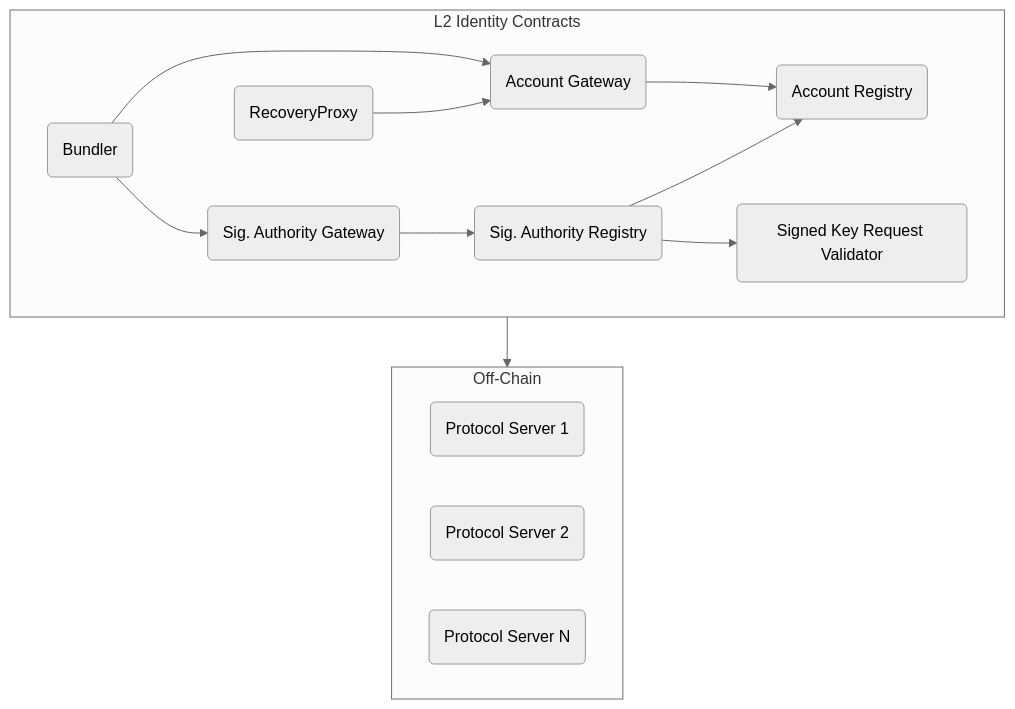
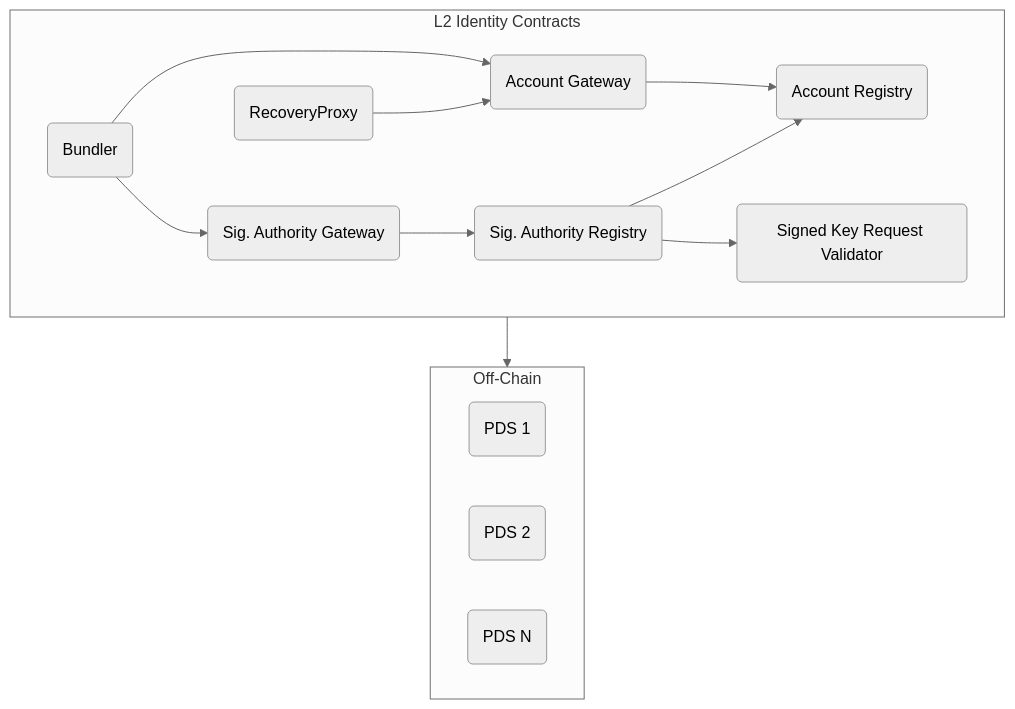
One commit to Palette-Labs-Inc/registry changed the first of 3 diagrams in rfcs/00003-identity-contracts.md. Above: the diagram before and after it, drawn with Mermaid (neutral theme).

Commit message:
update mermaid

````diff
--- a/rfcs/00003-identity-contracts.md
+++ b/rfcs/00003-identity-contracts.md
@@ -30,21 +30,21 @@
 ```mermaid
 graph TD
 
     subgraph Nodes["Off-Chain"]
-    Node(Protocol Server 1)
-    Node2(Protocol Server 2)
-    Node3(Protocol Server N)
+    Node(PDS 1)
+    Node2(PDS 2)
+    Node3(PDS N)
     end
 
     subgraph ETHL2["L2 Identity Contracts"]
     BN(Bundler) --> IG(Account Gateway)
     BN --> KG(Sig. Authority Gateway)
     IG --> IR(Account Registry)
     KG --> KR(Sig. Authority Registry)
     KR --> SKRV(Signed Key Request Validator)
     KR --> IR
     RP(RecoveryProxy) --> IG
 
     end
     ETHL2 --> Nodes
 ```
````
